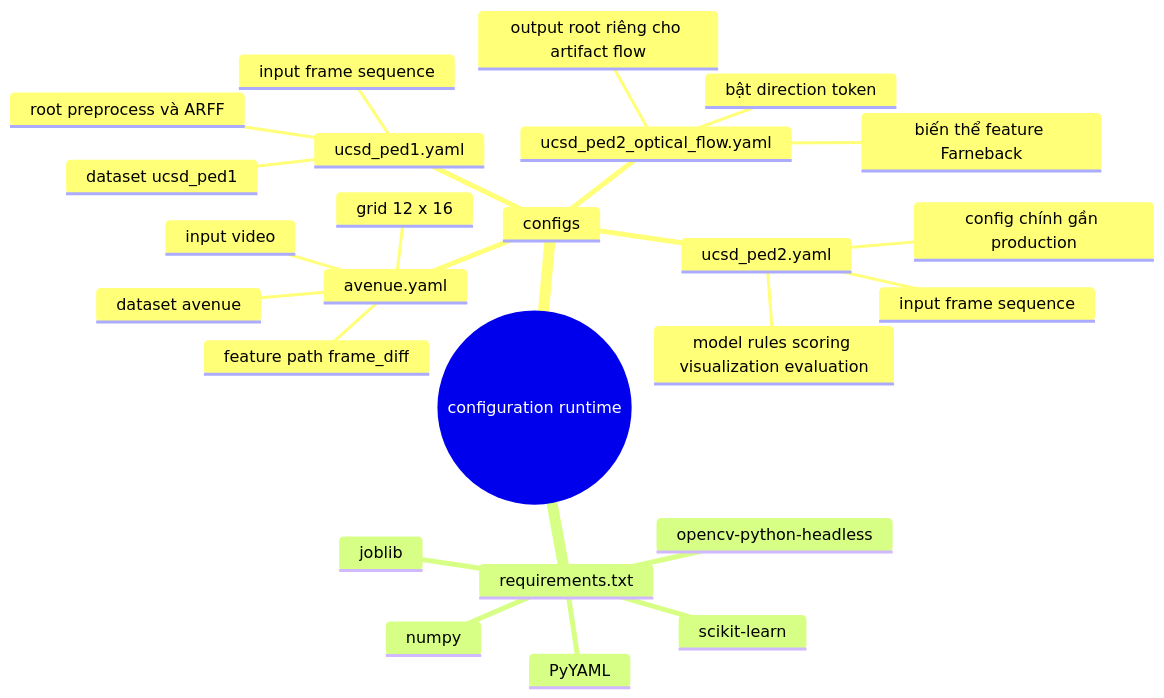
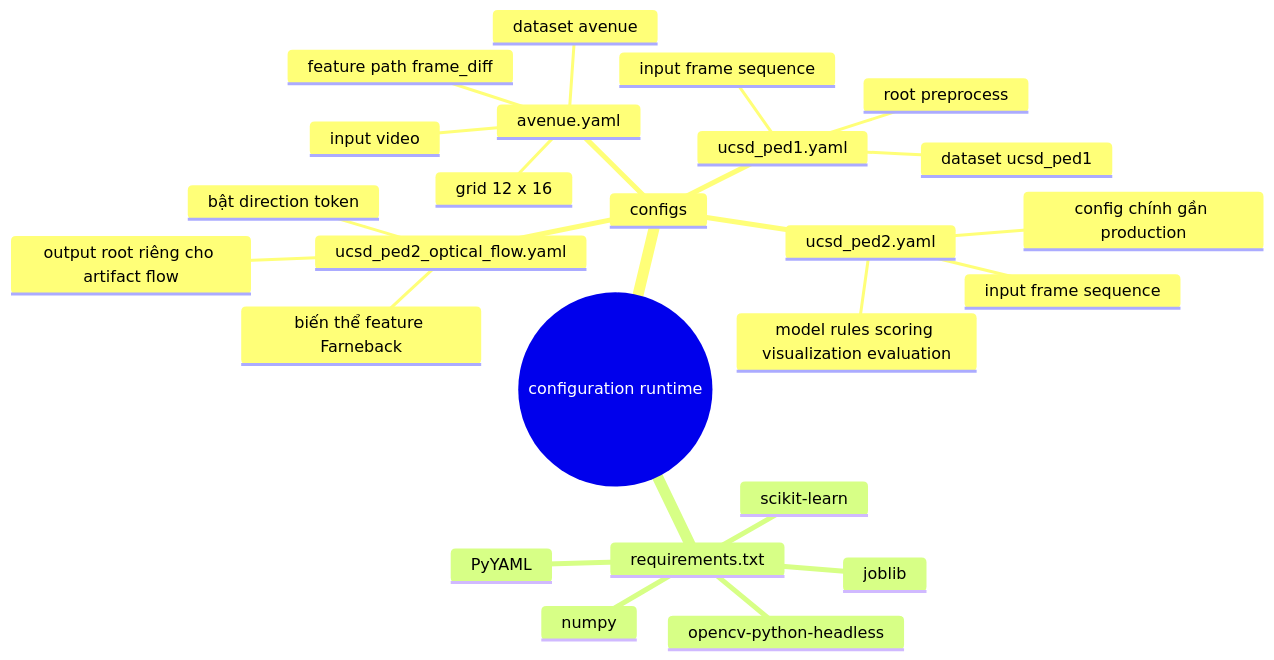
The sixth of 8 diagrams in src/doc/code_mindmap.md (phillnolan/BTL-KPDL), drawn with Mermaid before and after one commit. The commit also changed other lines of this file and 56 other files, not shown here.

````diff
--- a/src/doc/code_mindmap.md
+++ b/src/doc/code_mindmap.md
@@ -445,28 +408,28 @@
 ```mermaid
 mindmap
   root((configuration runtime))
     configs
       avenue.yaml
         dataset avenue
         input video
         grid 12 x 16
         feature path frame_diff
       ucsd_ped1.yaml
         dataset ucsd_ped1
         input frame sequence
-        root preprocess và ARFF
+        root preprocess
       ucsd_ped2.yaml
         config chính gần production
         input frame sequence
         model rules scoring visualization evaluation
       ucsd_ped2_optical_flow.yaml
         biến thể feature Farneback
         bật direction token
         output root riêng cho artifact flow
     requirements.txt
       numpy
       opencv-python-headless
       PyYAML
       scikit-learn
       joblib
 ```
````
